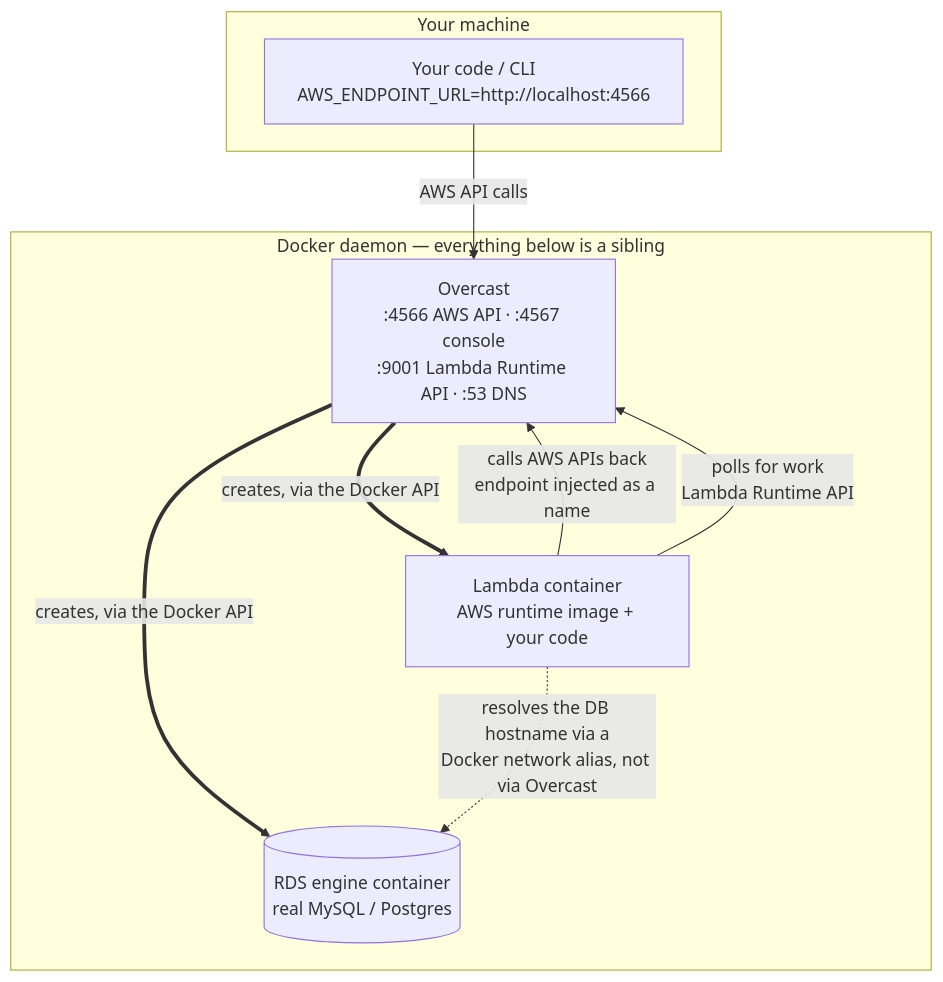
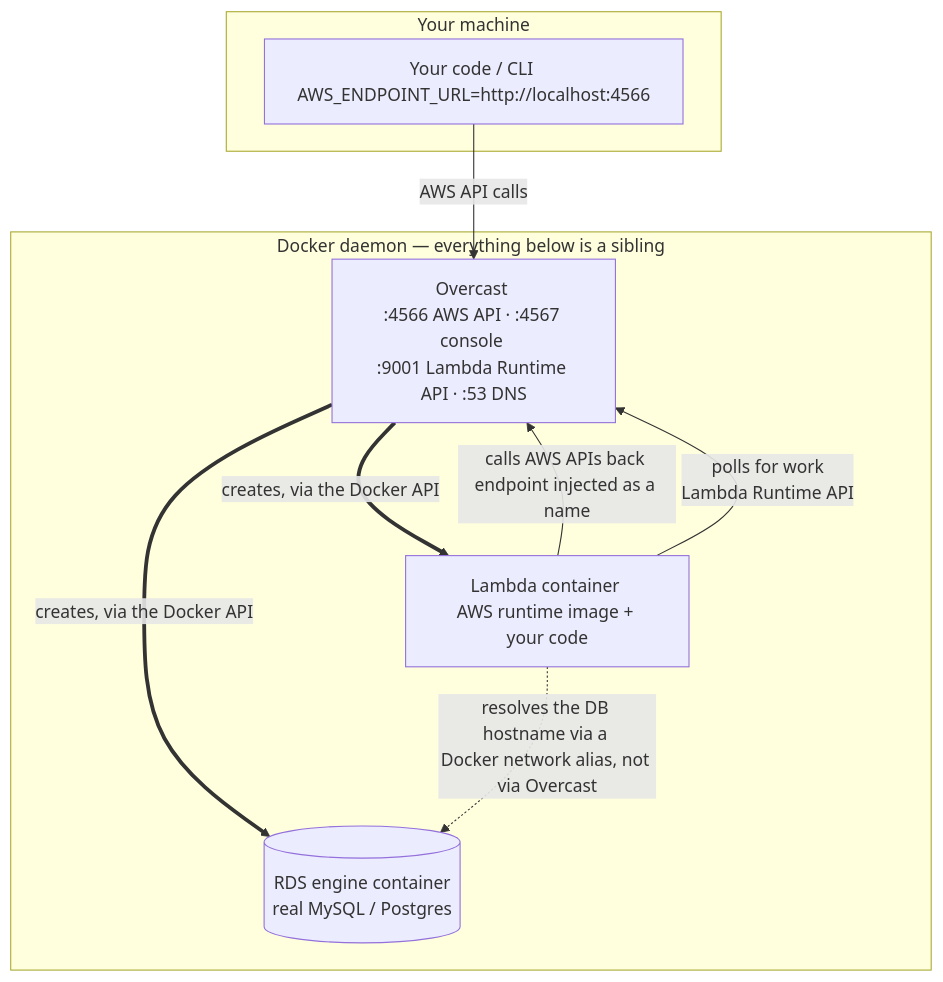
Before and after one commit to Neaox/overcast: the fourth of 5 diagrams in docs/dev/architecture.md, drawn with Mermaid. The commit also changed other lines of this file, not shown here.

First line of the commit message:
docs(dev): space before line breaks in the mermaid labels

````diff
--- a/docs/dev/architecture.md
+++ b/docs/dev/architecture.md
@@ -776,19 +776,19 @@
 ```mermaid
 flowchart TB
     subgraph host["Your machine"]
-        APP["Your code / CLI<br/>AWS_ENDPOINT_URL=http://localhost:4566"]
+        APP["Your code / CLI <br/>AWS_ENDPOINT_URL=http://localhost:4566"]
     end
 
     subgraph docker["Docker daemon — everything below is a sibling"]
-        OC["Overcast<br/>:4566 AWS API · :4567 console<br/>:9001 Lambda Runtime API · :53 DNS"]
-        LAM["Lambda container<br/>AWS runtime image + your code"]
-        DB[("RDS engine container<br/>real MySQL / Postgres")]
+        OC["Overcast <br/>:4566 AWS API · :4567 console <br/>:9001 Lambda Runtime API · :53 DNS"]
+        LAM["Lambda container <br/>AWS runtime image + your code"]
+        DB[("RDS engine container <br/>real MySQL / Postgres")]
     end
 
     APP -->|AWS API calls| OC
     OC ==>|"creates, via the Docker API"| LAM
     OC ==>|"creates, via the Docker API"| DB
-    LAM -->|"calls AWS APIs back<br/>endpoint injected as a name"| OC
-    LAM -->|"polls for work<br/>Lambda Runtime API"| OC
-    LAM -.->|"resolves the DB hostname via a<br/>Docker network alias, not via Overcast"| DB
+    LAM -->|"calls AWS APIs back <br/>endpoint injected as a name"| OC
+    LAM -->|"polls for work <br/>Lambda Runtime API"| OC
+    LAM -.->|"resolves the DB hostname via a <br/>Docker network alias, not via Overcast"| DB
 ```
````
